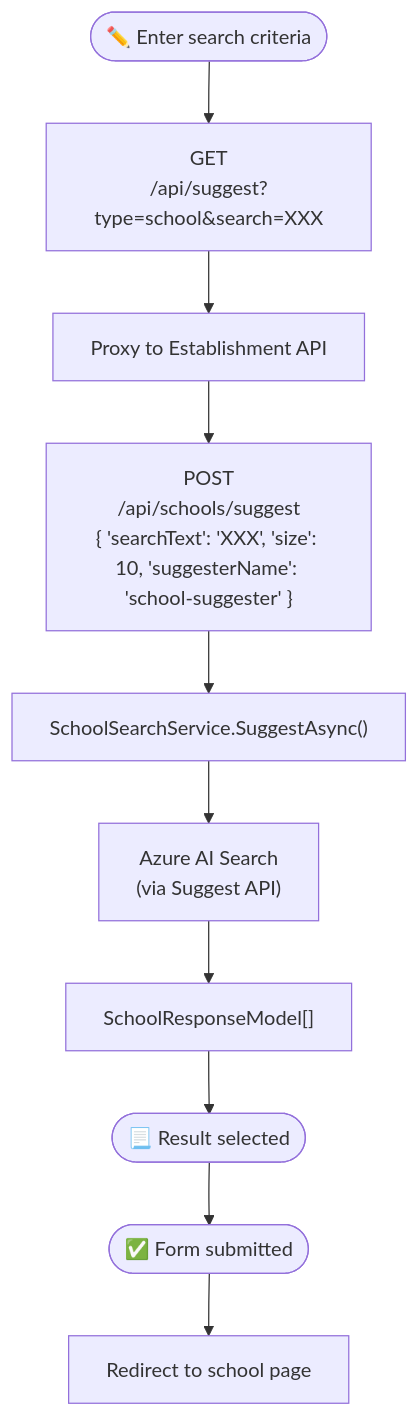
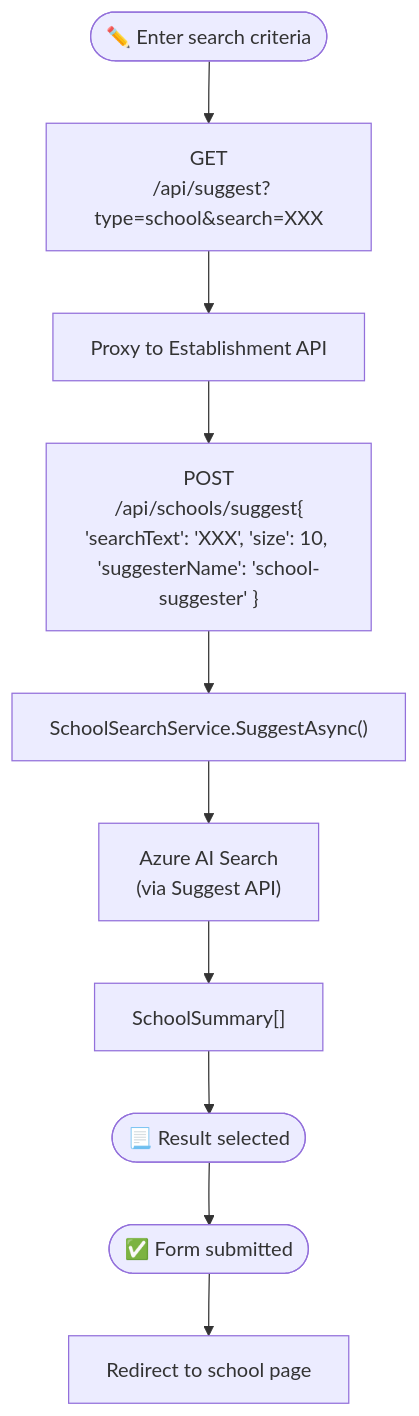
One commit to DFE-Digital/education-benchmarking-and-insights changed the first of 2 diagrams in documentation/features/5_Find-Organisation.md. Above: the diagram before and after it, drawn with Mermaid. The commit also changed other lines of this file and 10 other files, not shown here.

````diff
--- a/documentation/features/5_Find-Organisation.md
+++ b/documentation/features/5_Find-Organisation.md
@@ -47,14 +63,14 @@
 ```mermaid
 flowchart TD
-  accDescr: API flow - happy path
+  accDescr: suggester API flow - happy path
   
-  A([✏️ Enter search criteria]) --> B[GET\n/api/suggest?type=school&search=XXX ]
+  A([✏️ Enter search criteria]) --> B[GET\n /api/suggest?type=school&search=XXX ]
     B --> C[Proxy to Establishment API]
-    C --> D["POST\n/api/schools/suggest\n{ 'searchText': 'XXX', 'size': 10, 'suggesterName': 'school-suggester' }"]
+    C --> D["POST\n /api/schools/suggest{ 'searchText': 'XXX', 'size': 10, 'suggesterName': 'school-suggester' }"]
     D --> E["SchoolSearchService.SuggestAsync()"]
     E --> F["Azure AI Search\n(via Suggest API)"]
-    F --> G["SchoolResponseModel[]"]
+    F --> G["SchoolSummary[]"]
     G --> H([📃 Result selected])
     H --> I([✅ Form submitted])
     I --> J[Redirect to school page]
 ```
````
